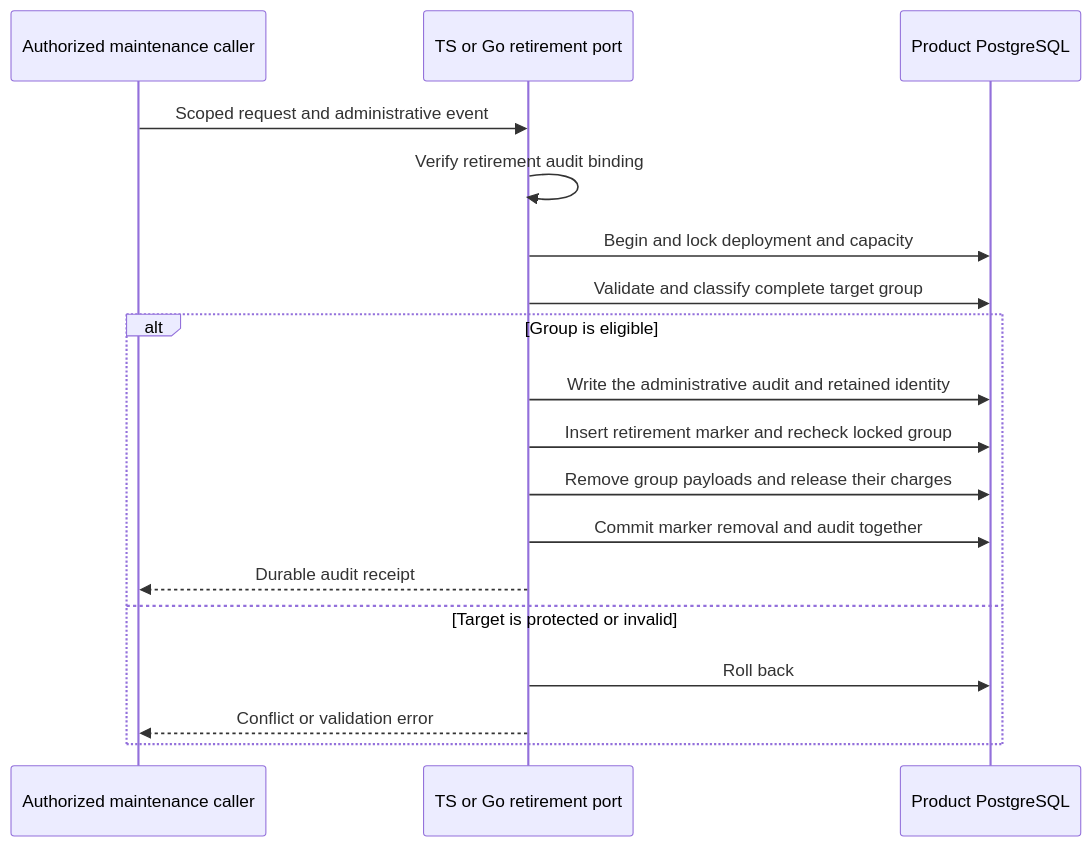
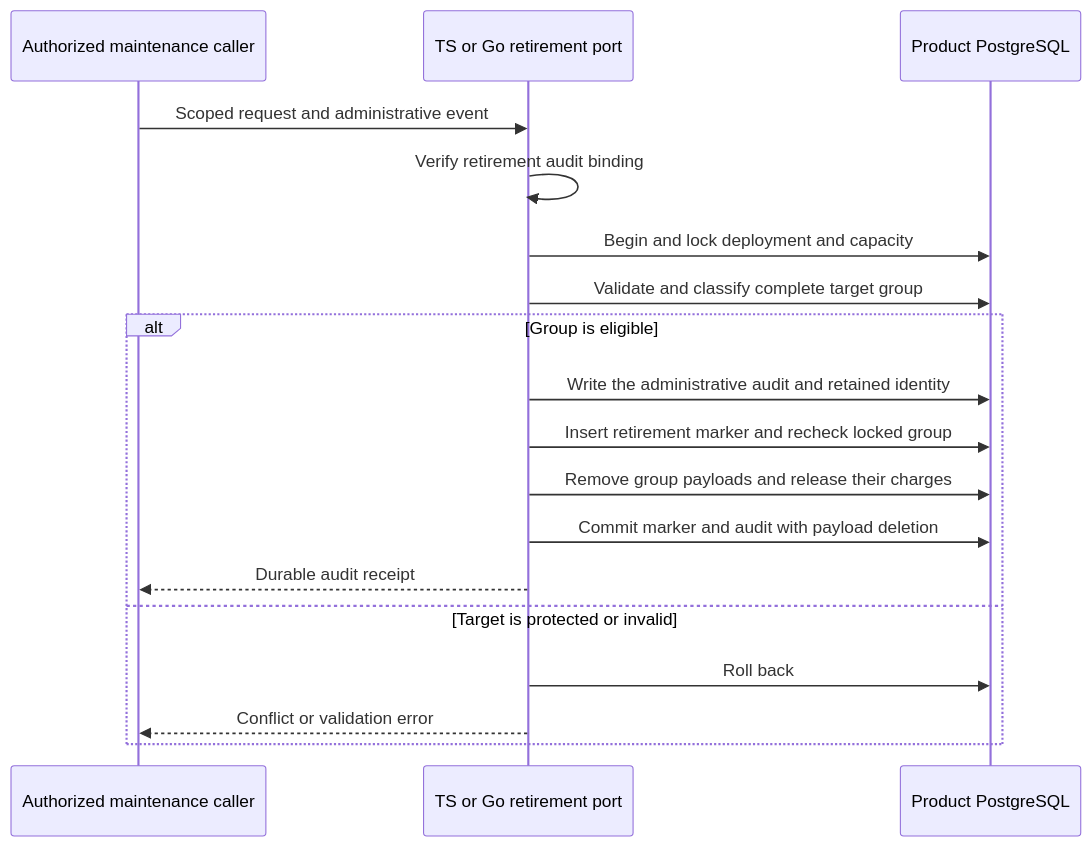
Before and after one commit to techsavvyash/heimdall: the diagram in docs/content/evidence/phase-3-audited-retirement.md, drawn with Mermaid. The commit also changed other lines of this file and 1 other file, not shown here.

````diff
--- a/docs/content/evidence/phase-3-audited-retirement.md
+++ b/docs/content/evidence/phase-3-audited-retirement.md
@@ -11,20 +11,20 @@
 ```mermaid
 sequenceDiagram
   participant Caller as Authorized maintenance caller
   participant SDK as TS or Go retirement port
   participant DB as Product PostgreSQL
   Caller->>SDK: Scoped request and administrative event
   SDK->>SDK: Verify retirement audit binding
   SDK->>DB: Begin and lock deployment and capacity
   SDK->>DB: Validate and classify complete target group
   alt Group is eligible
     SDK->>DB: Write the administrative audit and retained identity
     SDK->>DB: Insert retirement marker and recheck locked group
     SDK->>DB: Remove group payloads and release their charges
-    SDK->>DB: Commit marker removal and audit together
+    SDK->>DB: Commit marker and audit with payload deletion
     SDK-->>Caller: Durable audit receipt
   else Target is protected or invalid
     SDK->>DB: Roll back
     SDK-->>Caller: Conflict or validation error
   end
 ```
````
